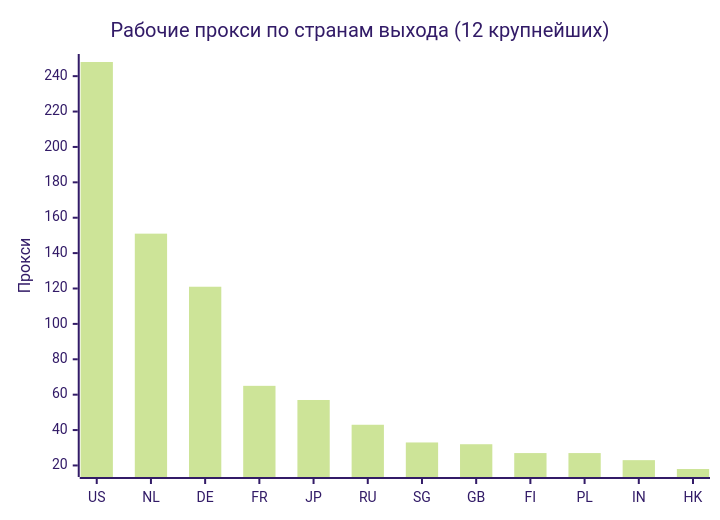
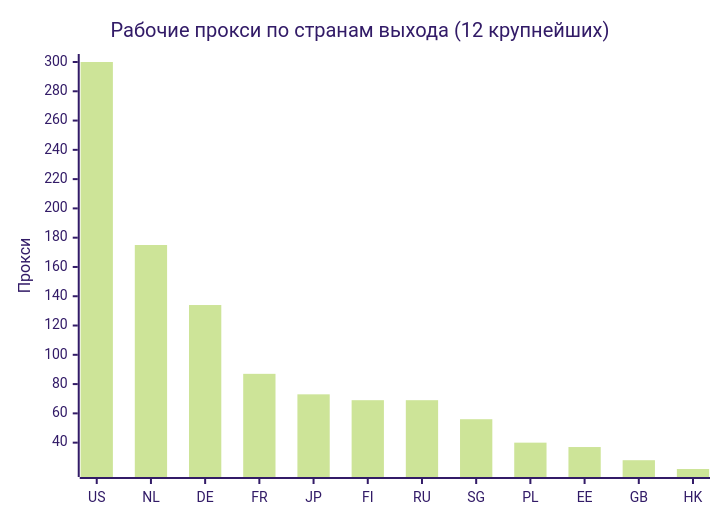
Before and after one commit to rvvg/proxy-subs: the second of 4 diagrams in README.md, drawn with Mermaid (forest theme). The commit also changed other lines of this file and 57 other files, not shown here.

````diff
--- a/README.md
+++ b/README.md
@@ -130,7 +138,7 @@
 ```mermaid
 xychart-beta
     title "Рабочие прокси по странам выхода (12 крупнейших)"
-    x-axis ["US", "NL", "DE", "FR", "JP", "RU", "SG", "GB", "FI", "PL", "IN", "HK"]
+    x-axis ["US", "NL", "DE", "FR", "JP", "FI", "RU", "SG", "PL", "EE", "GB", "HK"]
     y-axis "Прокси"
-    bar [248, 151, 121, 65, 57, 43, 33, 32, 27, 27, 23, 18]
+    bar [300, 175, 134, 87, 73, 69, 69, 56, 40, 37, 28, 22]
 ```
````
